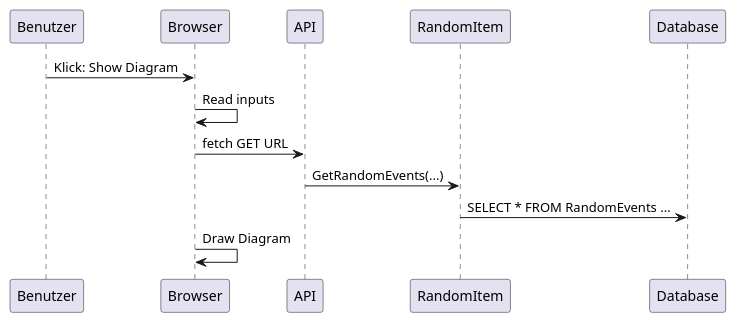
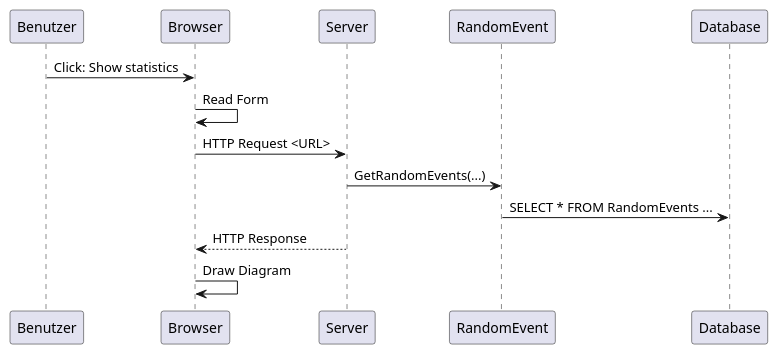
One commit to ubarcturus/improbability changed the diagram in Diagrams/Sequence.plantuml. Above: the diagram before and after it, drawn with PlantUML. The commit also changed 6 other files, not shown here.

Commit message:
Update charts

```diff
--- a/Diagrams/Sequence.plantuml
+++ b/Diagrams/Sequence.plantuml
@@ -1,11 +1,12 @@
 @startuml Sequence
+skinparam shadowing false
 
-Benutzer -> Browser: Klick: Show Diagram
-Browser -> Browser: Read inputs
-Browser -> API: fetch GET URL
-API -> RandomItem: GetRandomEvents(...)
-RandomItem -> Database: SELECT * FROM RandomEvents ...
-
+Benutzer -> Browser: Click: Show statistics
+Browser -> Browser: Read Form
+Browser -> Server: HTTP Request <URL>
+Server -> RandomEvent: GetRandomEvents(...)
+RandomEvent -> Database: SELECT * FROM RandomEvents ...
+Server --> Browser: HTTP Response
 Browser -> Browser: Draw Diagram
 
 @enduml
```
